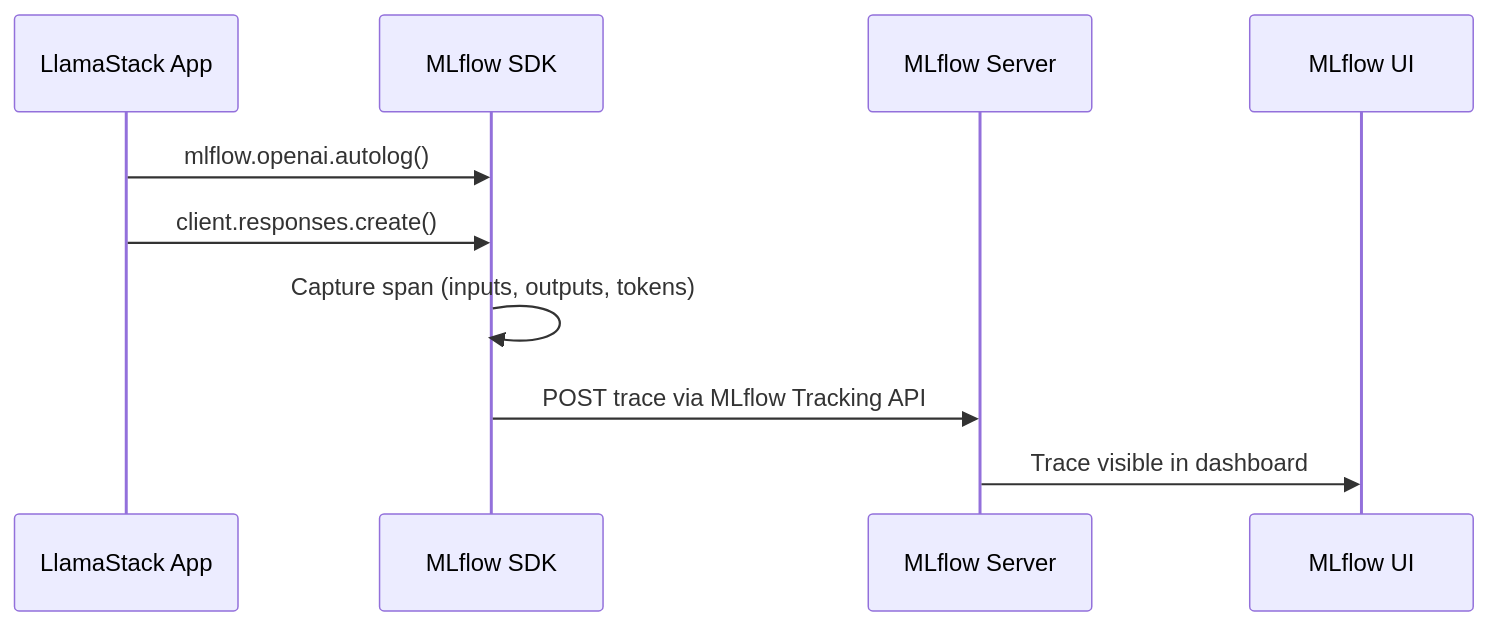
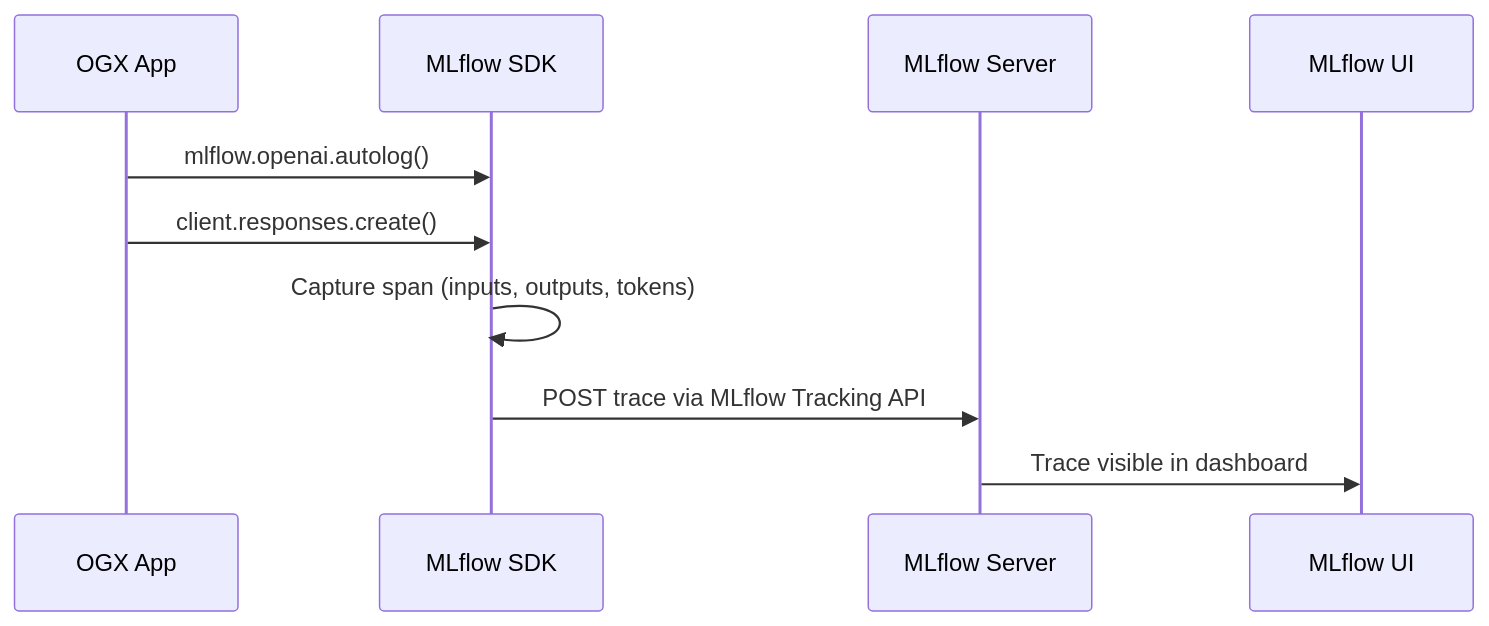
One commit to skamenan7/llama-stack changed the third of 6 diagrams in docs/blog/2026-04-06-mlflow-observability.md. Above: the diagram before and after it, drawn with Mermaid. The commit also changed other lines of this file and 2206 other files, not shown here.

First line of the commit message:
chore!: rename project from llama-stack to ogx (#5613)

````diff
--- a/docs/blog/2026-04-06-mlflow-observability.md
+++ b/docs/blog/2026-04-06-mlflow-observability.md
@@ -83,13 +83,13 @@
 ```mermaid
 sequenceDiagram
-    participant App as LlamaStack App
+    participant App as OGX App
     participant SDK as MLflow SDK
     participant Server as MLflow Server
     participant UI as MLflow UI
 
     App->>SDK: mlflow.openai.autolog()
     App->>SDK: client.responses.create()
     SDK->>SDK: Capture span (inputs, outputs, tokens)
     SDK->>Server: POST trace via MLflow Tracking API
     Server->>UI: Trace visible in dashboard
 ```
````
